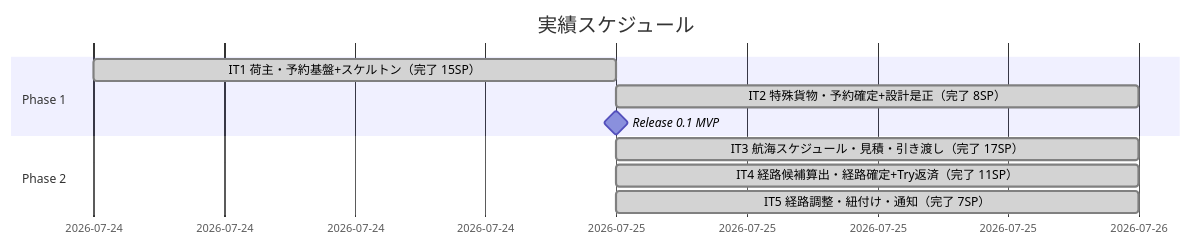
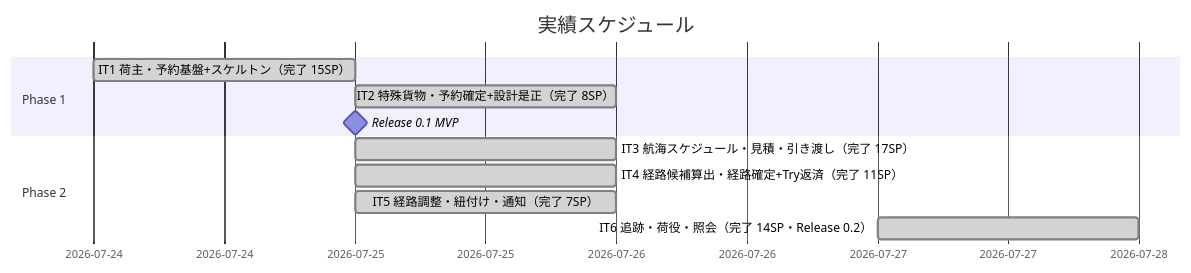
The second of 3 diagrams in docs/development/release_plan.md (k2works/case-study-cargo-tracker), drawn with Mermaid before and after one commit. The commit also changed other lines of this file and 2 other files, not shown here.

````diff
--- a/docs/development/release_plan.md
+++ b/docs/development/release_plan.md
@@ -167,14 +167,15 @@
 ```mermaid
 gantt
     title 実績スケジュール
     dateFormat  YYYY-MM-DD
     section Phase 1
     IT1 荷主・予約基盤+スケルトン（完了 15SP） :done, a1, 2026-07-24, 1d
     IT2 特殊貨物・予約確定+設計是正（完了 8SP） :done, a2, 2026-07-25, 1d
     Release 0.1 MVP                              :milestone, m1, 2026-07-25, 0d
     section Phase 2
     IT3 航海スケジュール・見積・引き渡し（完了 17SP） :done, a3, 2026-07-25, 1d
     IT4 経路候補算出・経路確定+Try返済（完了 11SP） :done, a4, 2026-07-25, 1d
     IT5 経路調整・紐付け・通知（完了 7SP） :done, a5, 2026-07-25, 1d
+    IT6 追跡・荷役・照会（完了 14SP・Release 0.2） :done, a6, 2026-07-27, 1d
     section Phase 3
 ```
````
